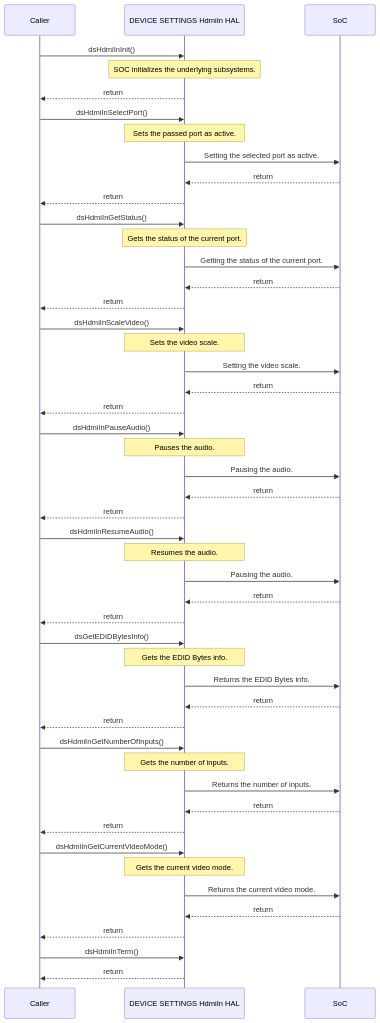
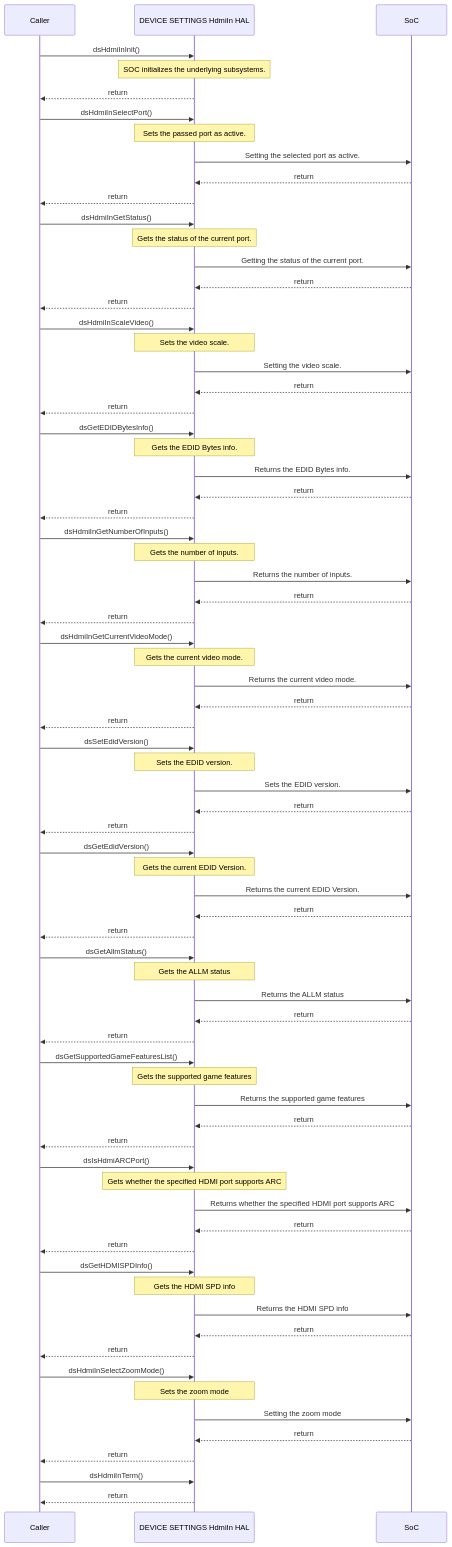
The second of 2 diagrams in docs/pages/images/dsHdmiIn_halSpec.md (rdkcentral/rdk-halif-device_settings), drawn with Mermaid before and after one commit. The commit also changed other lines of this file and 1 other file, not shown here.

Commit message:
RDK-43735 - Provide documentation for component "DS HdmiIn HAL"
Reason for change:
Documentation Update for dsHdmiIn_halSpec.md and dsHdmiIn.h Test Procedure: None Risks: Low
Priority: P1

````diff
--- a/docs/pages/images/dsHdmiIn_halSpec.md
+++ b/docs/pages/images/dsHdmiIn_halSpec.md
@@ -202,16 +202,6 @@
     HAL->>Driver:Setting the video scale.
     Driver-->>HAL:return
     HAL-->>Caller:return
-    Caller->>HAL:dsHdmiInPauseAudio()
-    Note over HAL: Pauses the audio.
-    HAL->>Driver:Pausing the audio.
-    Driver-->>HAL:return
-    HAL-->>Caller:return
-    Caller->>HAL:dsHdmiInResumeAudio()
-    Note over HAL: Resumes the audio.
-    HAL->>Driver:Pausing the audio.
-    Driver-->>HAL:return
-    HAL-->>Caller:return
     Caller->>HAL:dsGetEDIDBytesInfo()
     Note over HAL: Gets the EDID Bytes info.
     HAL->>Driver:Returns the EDID Bytes info.
@@ -228,6 +218,48 @@
     Driver-->>HAL:return
     HAL-->>Caller:return
 
+    Caller->>HAL:dsSetEdidVersion()
+    Note over HAL: Sets the EDID version.
+    HAL->>Driver:Sets the EDID version.
+    Driver-->>HAL:return
+    HAL-->>Caller:return
+
+    Caller->>HAL:dsGetEdidVersion()
+    Note over HAL: Gets the current EDID Version.
+    HAL->>Driver:Returns the current EDID Version.
+    Driver-->>HAL:return
+    HAL-->>Caller:return
+    
+    Caller->>HAL:dsGetAllmStatus()
+    Note over HAL: Gets the ALLM status
+    HAL->>Driver:Returns the ALLM status
+    Driver-->>HAL:return
+    HAL-->>Caller:return
+
+    Caller->>HAL:dsGetSupportedGameFeaturesList()
+    Note over HAL: Gets the supported game features
+    HAL->>Driver:Returns the supported game features
+    Driver-->>HAL:return
+    HAL-->>Caller:return
+
+    Caller->>HAL:dsIsHdmiARCPort()
+    Note over HAL: Gets whether the specified HDMI port supports ARC
+    HAL->>Driver:Returns whether the specified HDMI port supports ARC
+    Driver-->>HAL:return
+    HAL-->>Caller:return
+
+    Caller->>HAL:dsGetHDMISPDInfo()
+    Note over HAL: Gets the HDMI SPD info
+    HAL->>Driver:Returns the HDMI SPD info
+    Driver-->>HAL:return
+    HAL-->>Caller:return
+
+    Caller->>HAL:dsHdmiInSelectZoomMode()
+    Note over HAL: Sets the zoom mode
+    HAL->>Driver:Setting the zoom mode
+    Driver-->>HAL:return
+    HAL-->>Caller:return
+
     Caller ->>HAL:dsHdmiInTerm()
     HAL-->>Caller:return
  ```
````
